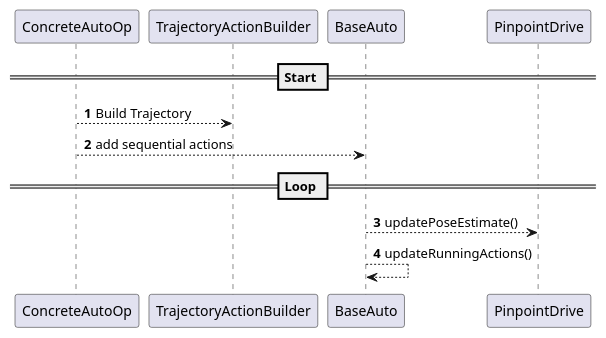
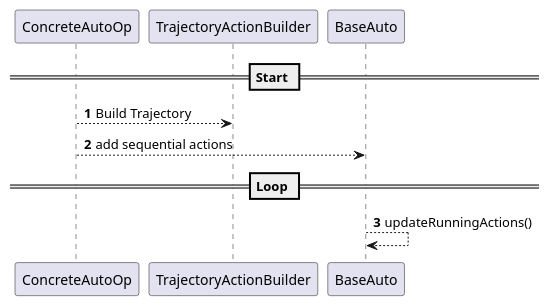
The diagram in TeamCode/src/main/java/org/firstinspires/ftc/teamcode/mm14691/BaseAutoMode.puml (FTC14691-MechanicalMafia/2024_25_InToTheDeep_14691), drawn with PlantUML before and after one commit. The commit also changed 7 other files, not shown here.

Commit message:
updating the diagrams for getting rid of the pinpoint driver

```diff
--- a/TeamCode/src/main/java/org/firstinspires/ftc/teamcode/mm14691/BaseAutoMode.puml
+++ b/TeamCode/src/main/java/org/firstinspires/ftc/teamcode/mm14691/BaseAutoMode.puml
@@ -1,14 +1,13 @@
 @startuml
 'https://plantuml.com/sequence-diagram
 
 autonumber
 
 == Start ==
 
 ConcreteAutoOp --> TrajectoryActionBuilder: Build Trajectory
 ConcreteAutoOp --> BaseAuto: add sequential actions
 
 == Loop ==
-BaseAuto --> PinpointDrive: updatePoseEstimate()
 BaseAuto --> BaseAuto: updateRunningActions()
 @enduml
```
